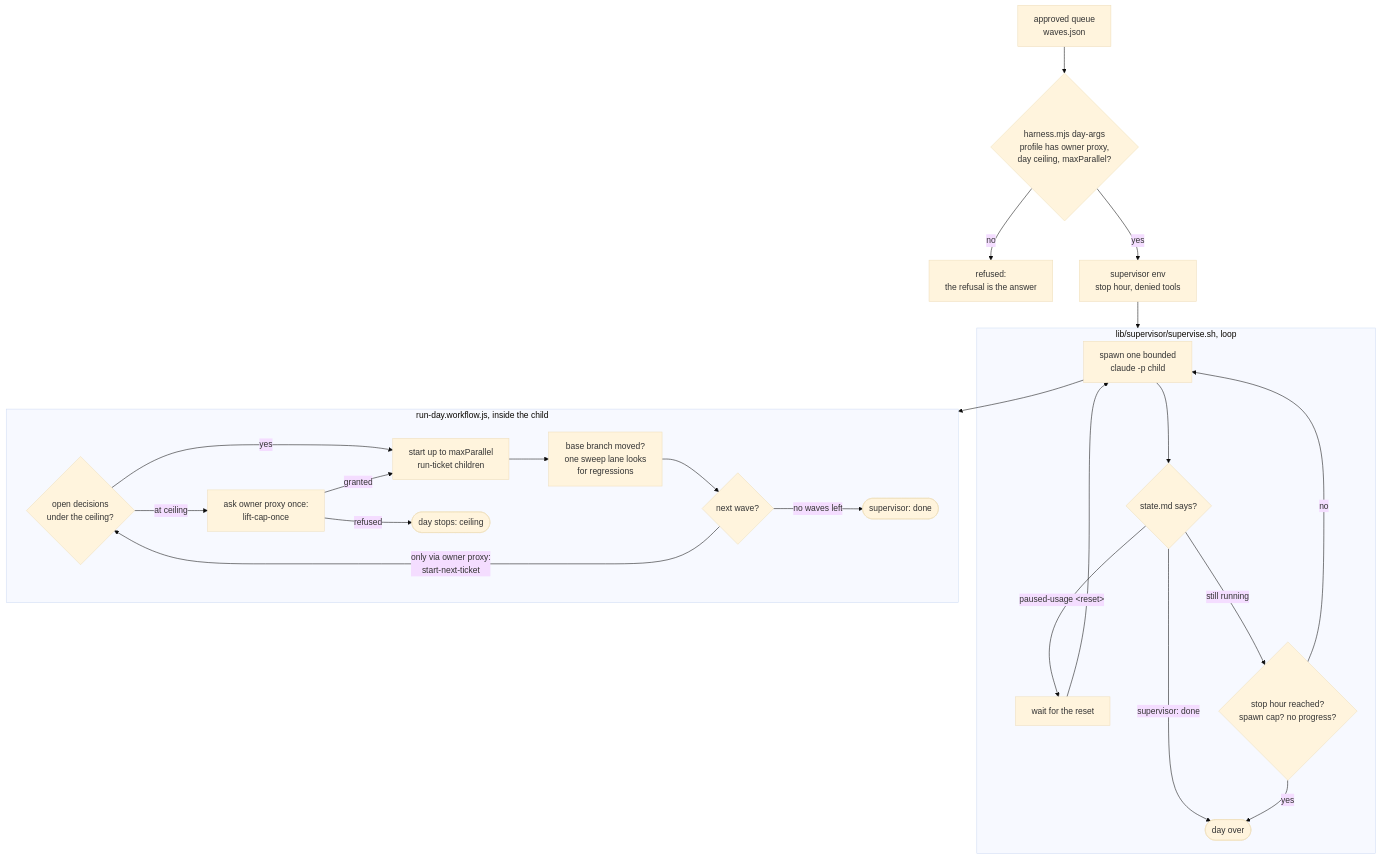
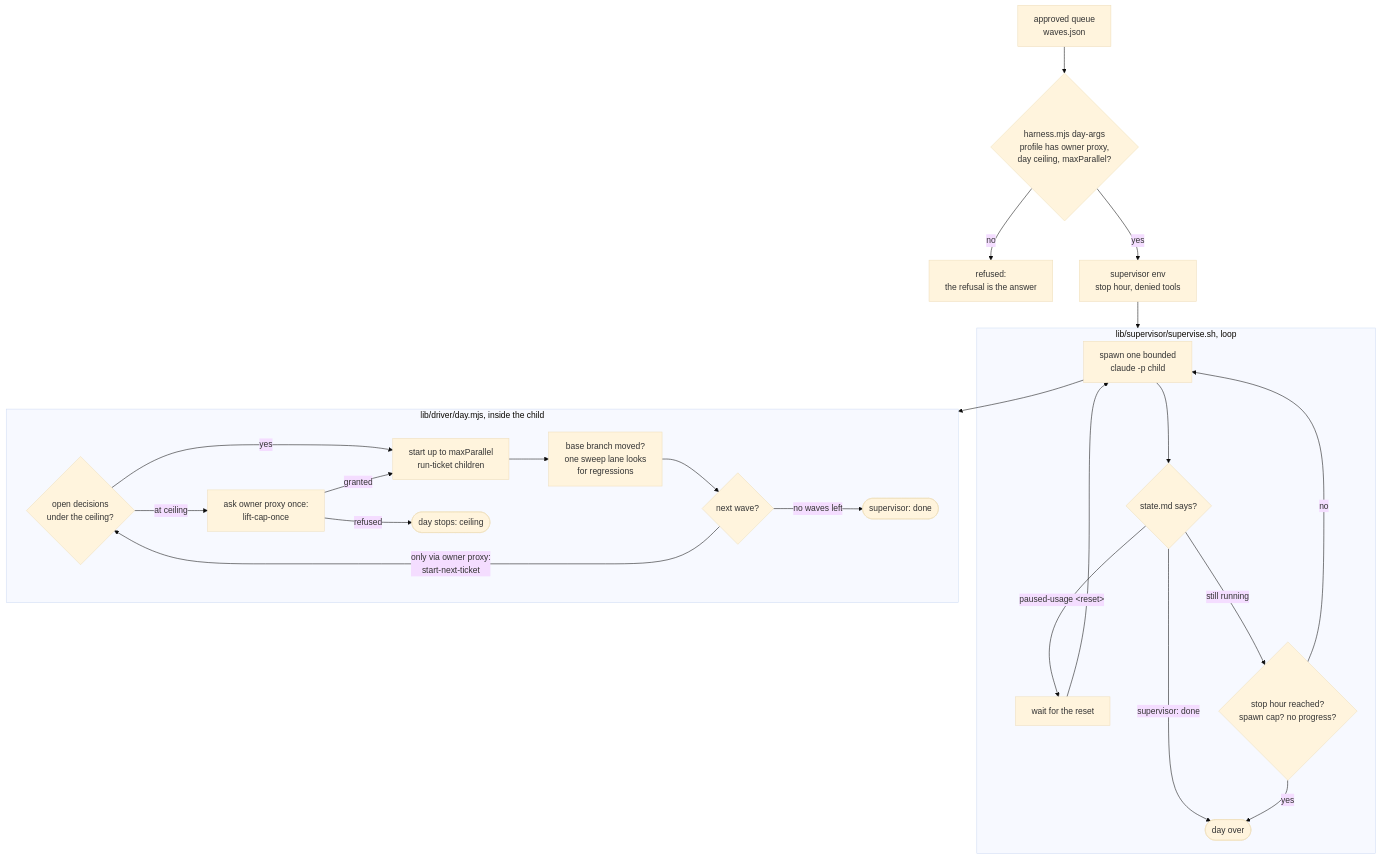
One commit to Aberratio/tiller changed the sixth of 6 diagrams in README.md. Above: the diagram before and after it, drawn with Mermaid (base theme). The commit also changed other lines of this file and 14 other files, not shown here.

````diff
--- a/README.md
+++ b/README.md
@@ -340,28 +335,28 @@
 ```mermaid
 flowchart TD
     Q["approved queue<br/>waves.json"] --> DA{"harness.mjs day-args<br/>profile has owner proxy,<br/>day ceiling, maxParallel?"}
     DA -->|no| REF["refused:<br/>the refusal is the answer"]
     DA -->|yes| ENV["supervisor env<br/>stop hour, denied tools"]
     ENV --> SUP
 
     subgraph SUP["lib/supervisor/supervise.sh, loop"]
         S1["spawn one bounded<br/>claude -p child"] --> S2{"state.md says?"}
         S2 -->|"supervisor: done"| END(["day over"])
         S2 -->|"paused-usage &lt;reset&gt;"| SLEEP["wait for the reset"] --> S1
         S2 -->|"still running"| S3{"stop hour reached?<br/>spawn cap? no progress?"}
         S3 -->|no| S1
         S3 -->|yes| END
     end
 
     S1 --> DAY
-    subgraph DAY["run-day.workflow.js, inside the child"]
+    subgraph DAY["lib/driver/day.mjs, inside the child"]
         D1{"open decisions<br/>under the ceiling?"} -->|yes| D2["start up to maxParallel<br/>run-ticket children"]
         D1 -->|"at ceiling"| D3["ask owner proxy once:<br/>lift-cap-once"]
         D3 -->|refused| CEIL(["day stops: ceiling"])
         D3 -->|granted| D2
         D2 --> D4["base branch moved?<br/>one sweep lane looks<br/>for regressions"]
         D4 --> D5{"next wave?"}
         D5 -->|"only via owner proxy:<br/>start-next-ticket"| D1
         D5 -->|"no waves left"| DONE(["supervisor: done"])
     end
 ```
````
